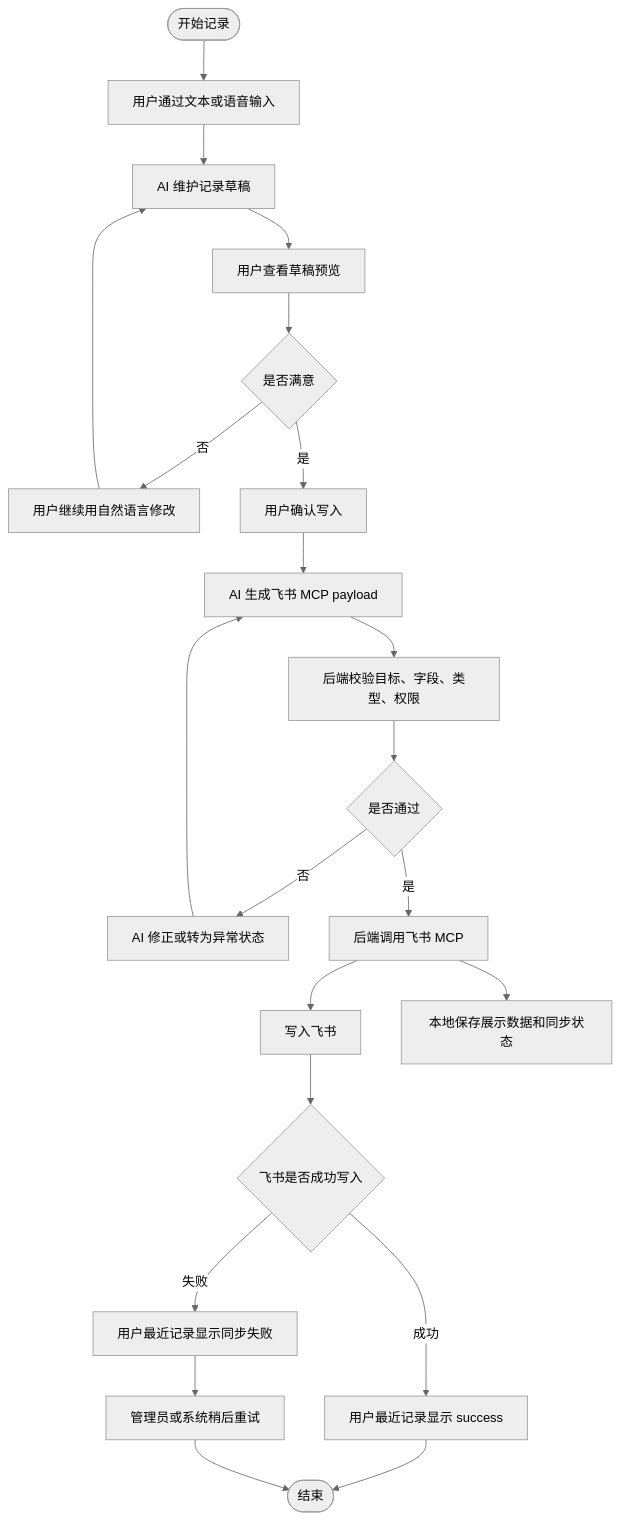
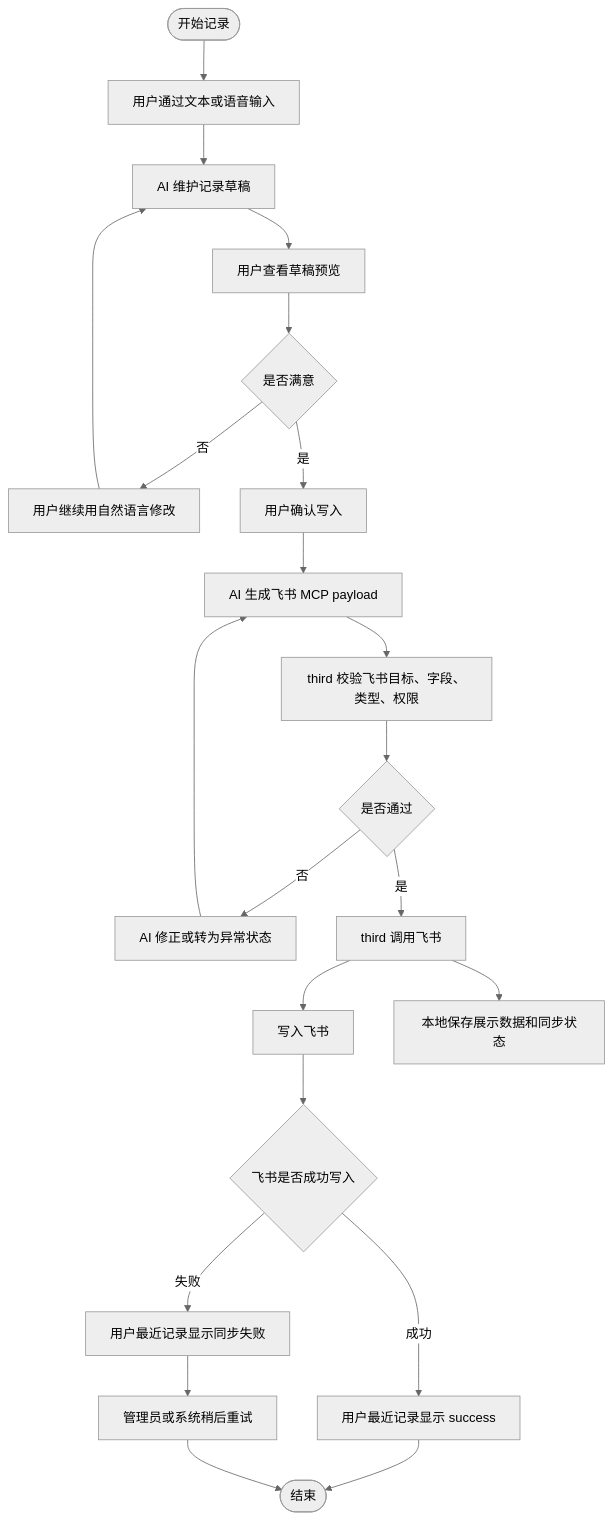
One commit to 246706510miao-svg/for-mygirl changed the diagram in docs/活动图/整体新增记录闭环活动图_优化版.md. Above: the diagram before and after it, drawn with Mermaid (neutral theme). The commit also changed 28 other files, not shown here.

````diff
--- a/docs/活动图/整体新增记录闭环活动图_优化版.md
+++ b/docs/活动图/整体新增记录闭环活动图_优化版.md
@@ -1,33 +1,33 @@
 ```mermaid
 flowchart TD
     A(["开始记录"]) --> B["用户通过文本或语音输入"]
     B --> C["AI 维护记录草稿"]
     C --> D["用户查看草稿预览"]
 
     D --> E{"是否满意"}
 
     E -->|否| F["用户继续用自然语言修改"]
     F --> C
 
     E -->|是| G["用户确认写入"]
     G --> H["AI 生成飞书 MCP payload"]
-    H --> I["后端校验目标、字段、类型、权限"]
+    H --> I["third 校验飞书目标、字段、类型、权限"]
 
     I --> J{"是否通过"}
 
     J -->|否| K["AI 修正或转为异常状态"]
     K --> H
 
-    J -->|是| L["后端调用飞书 MCP"]
+    J -->|是| L["third 调用飞书"]
     L --> M["写入飞书"]
     L --> N["本地保存展示数据和同步状态"]
 
     M --> O{"飞书是否成功写入"}
 
     O -->|成功| P["用户最近记录显示 success"]
     O -->|失败| Q["用户最近记录显示同步失败"]
     Q --> R["管理员或系统稍后重试"]
 
     P --> S(["结束"])
     R --> S
 ```
````
